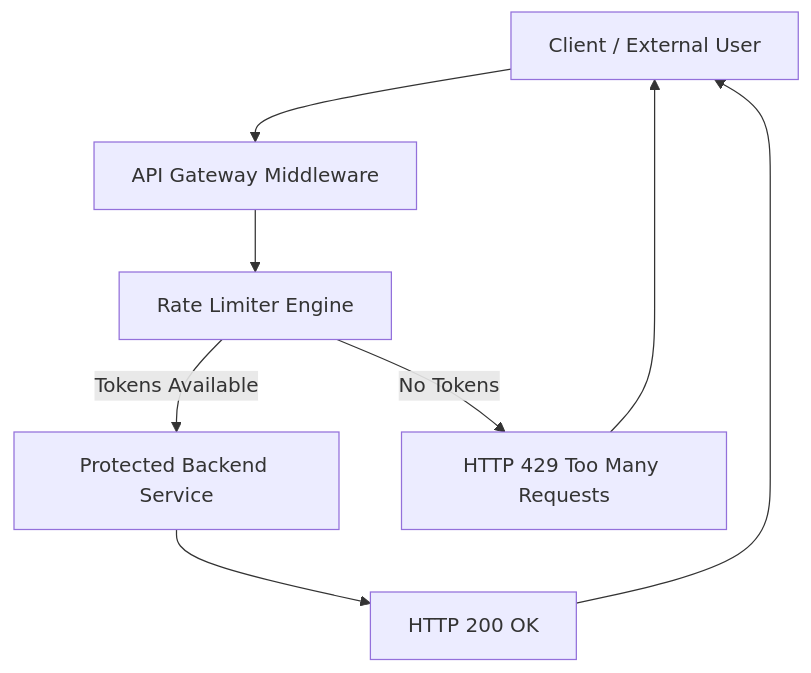
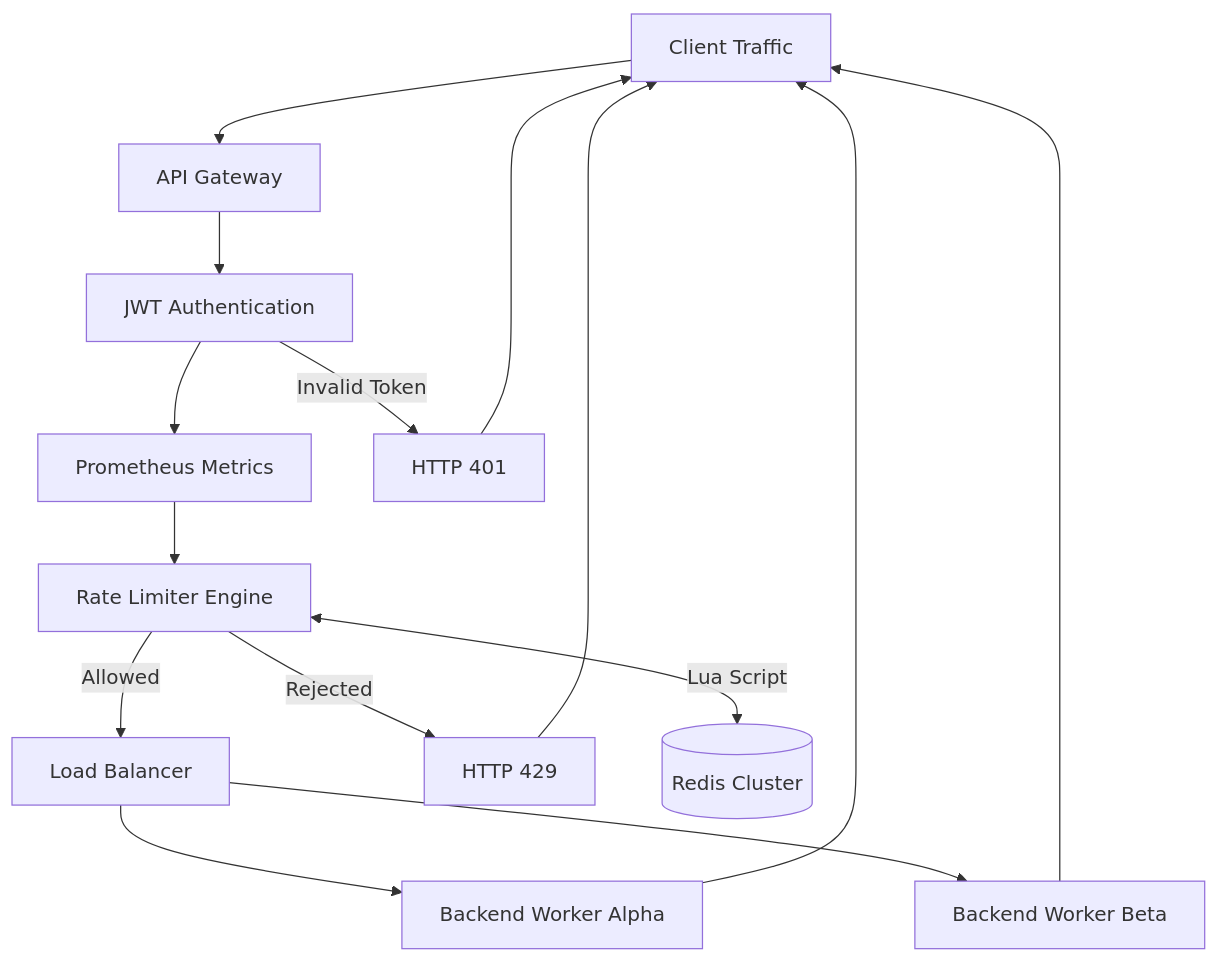
Before and after one commit to shivamk01here/distributed-gateway: the first of 2 diagrams in README.md, drawn with Mermaid. The commit also changed other lines of this file, not shown here.

````diff
--- a/README.md
+++ b/README.md
@@ -21,12 +43,24 @@
 ```mermaid
 graph TD
-Client[Client / External User] --> API[API Gateway Middleware]
-API --> Limiter[Rate Limiter Engine]
 
-Limiter -->|Tokens Available| Backend[Protected Backend Service]
-Limiter -->|No Tokens| Reject[HTTP 429 Too Many Requests]
+Client[Client Traffic] --> Gateway[API Gateway]
 
-Backend --> Response[HTTP 200 OK]
-Response --> Client
+Gateway --> Auth[JWT Authentication]
+Auth --> Metrics[Prometheus Metrics]
+Metrics --> Limiter[Rate Limiter Engine]
+
+Limiter -->|Allowed| LB[Load Balancer]
+Limiter -->|Rejected| Block[HTTP 429]
+
+Auth -->|Invalid Token| Reject[HTTP 401]
+
+Limiter <-->|Lua Script| Redis[(Redis Cluster)]
+
+LB --> BackendA[Backend Worker Alpha]
+LB --> BackendB[Backend Worker Beta]
+
+BackendA --> Client
+BackendB --> Client
+Block --> Client
 Reject --> Client
 ```
````
